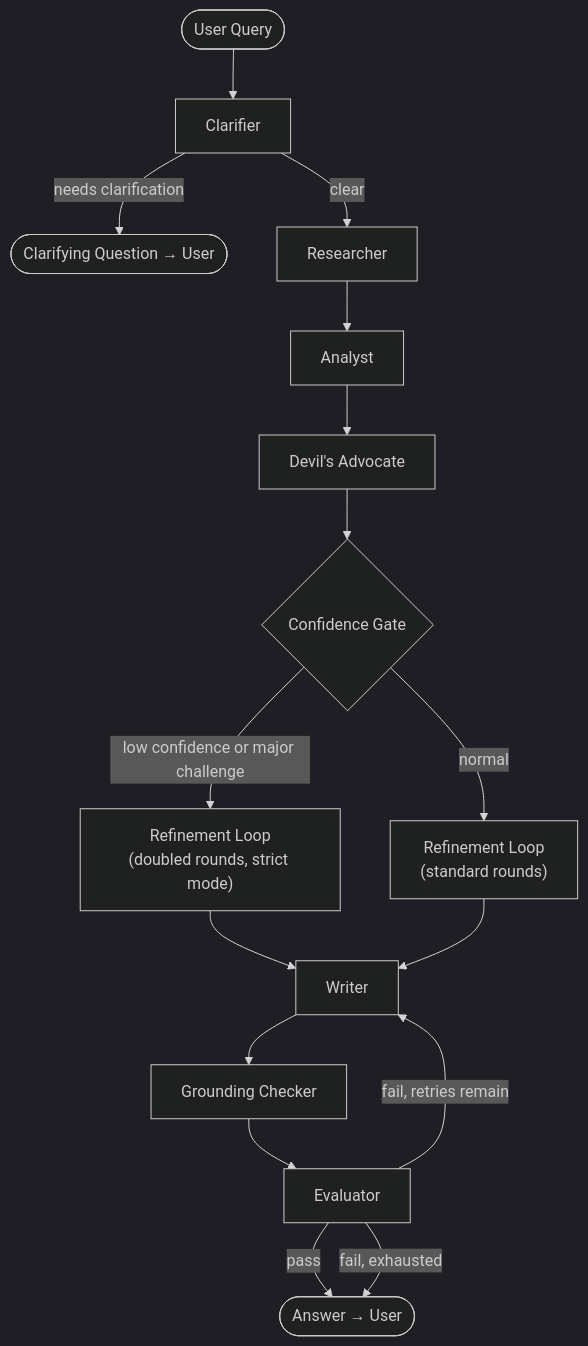
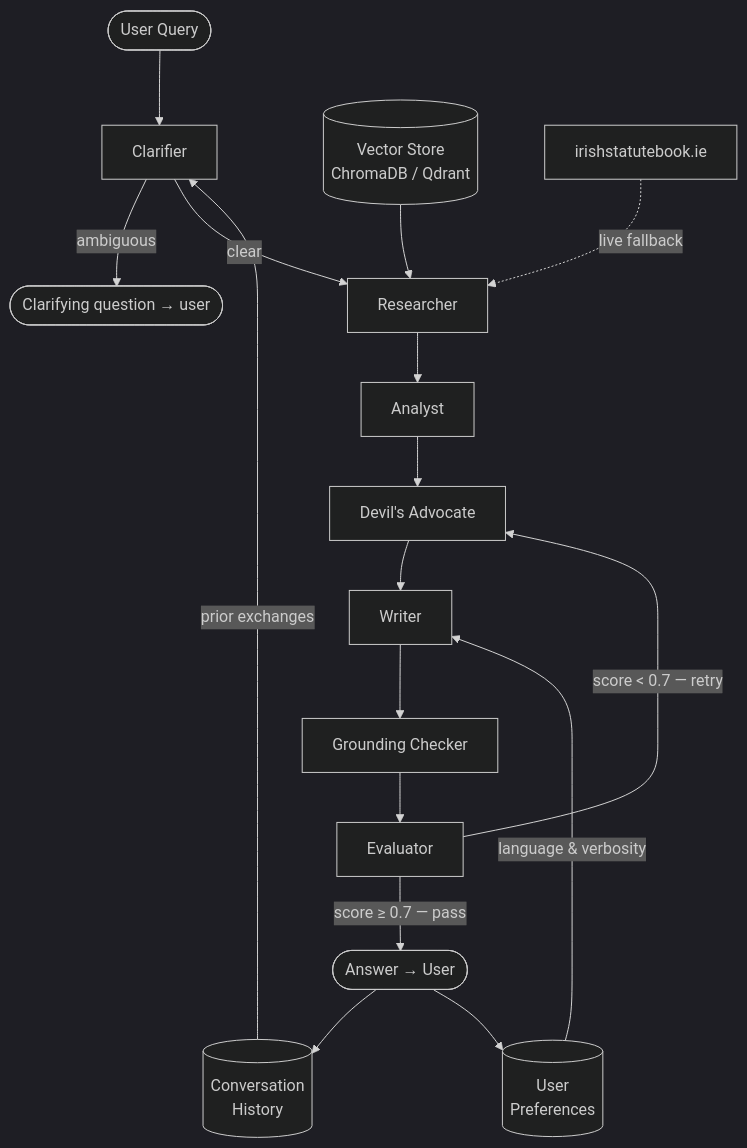
The diagram in docs/architecture/overview.md (SamPowerCode/irish-statute-assistant), drawn with Mermaid (dark theme) before and after one commit. The commit also changed 1 other file, not shown here.

Commit message:
added diagram to readme and docs

````diff
--- a/docs/architecture/overview.md
+++ b/docs/architecture/overview.md
@@ -9,18 +9,26 @@
 ```{mermaid}
 flowchart TD
-    A([User Query]) --> B[Clarifier]
-    B -->|needs clarification| C([Clarifying Question → User])
-    B -->|clear| D[Researcher]
-    D --> E[Analyst]
-    E --> F[Devil's Advocate]
-    F --> G{Confidence Gate}
-    G -->|low confidence or major challenge| H["Refinement Loop\n(doubled rounds, strict mode)"]
-    G -->|normal| I["Refinement Loop\n(standard rounds)"]
-    H --> J[Writer]
-    I --> J
-    J --> K[Grounding Checker]
-    K --> L[Evaluator]
-    L -->|pass| M([Answer → User])
-    L -->|fail, retries remain| J
-    L -->|fail, exhausted| M
+    Q([User Query]) --> Clarifier
+    ConvStore[(Conversation\nHistory)] -->|prior exchanges| Clarifier
+
+    Clarifier -->|ambiguous| CQ([Clarifying question → user])
+    Clarifier -->|clear| Researcher
+
+    VS[(Vector Store\nChromaDB / Qdrant)] --> Researcher
+    ISB[irishstatutebook.ie] -. live fallback .-> Researcher
+
+    Researcher --> Analyst
+    Analyst --> DA["Devil's Advocate"]
+    DA --> Writer
+
+    PrefStore[(User\nPreferences)] -->|language & verbosity| Writer
+
+    Writer --> GC[Grounding Checker]
+    GC --> Eval[Evaluator]
+
+    Eval -->|"score ≥ 0.7 — pass"| Answer([Answer → User])
+    Eval -->|"score < 0.7 — retry"| DA
+
+    Answer --> ConvStore
+    Answer --> PrefStore
 ```
````
